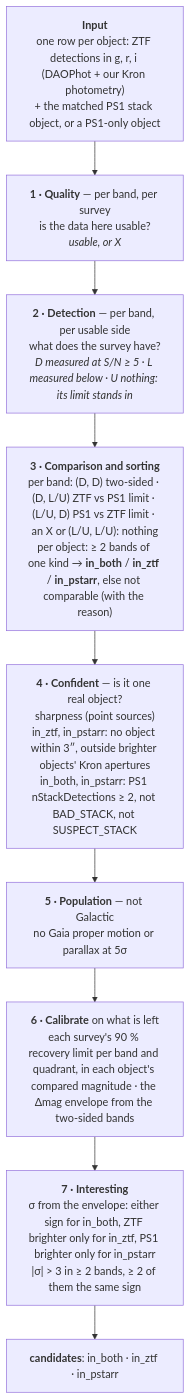
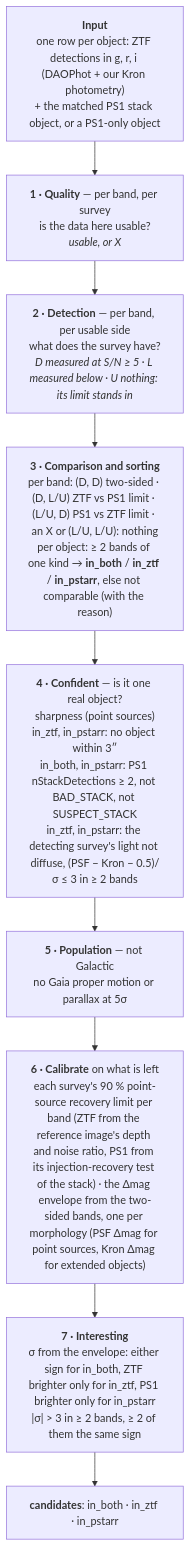
One commit to Adam-Boesky/long_transients2 changed the diagram in README.md. Above: the diagram before and after it, drawn with Mermaid. The commit also changed other lines of this file and 21 other files, not shown here.

````diff
--- a/README.md
+++ b/README.md
@@ -5,13 +5,13 @@
 ```mermaid
 flowchart TD
     IN["<b>Input</b><br/>one row per object: ZTF detections in g, r, i (DAOPhot + our Kron photometry)<br/>+ the matched PS1 stack object, or a PS1-only object"]
     Q["<b>1 · Quality</b> — per band, per survey<br/>is the data here usable?<br/><i>usable, or X</i>"]
     D["<b>2 · Detection</b> — per band, per usable side<br/>what does the survey have?<br/><i>D measured at S/N ≥ 5 · L measured below · U nothing: its limit stands in</i>"]
     S["<b>3 · Comparison and sorting</b><br/>per band: (D, D) two-sided · (D, L/U) ZTF vs PS1 limit · (L/U, D) PS1 vs ZTF limit · an X or (L/U, L/U): nothing<br/>per object: ≥ 2 bands of one kind → <b>in_both</b> / <b>in_ztf</b> / <b>in_pstarr</b>, else not comparable (with the reason)"]
-    CONF["<b>4 · Confident</b> — is it one real object?<br/>sharpness (point sources)<br/>in_ztf, in_pstarr: no object within 3″, outside brighter objects' Kron apertures<br/>in_both, in_pstarr: PS1 nStackDetections ≥ 2, not BAD_STACK, not SUSPECT_STACK"]
+    CONF["<b>4 · Confident</b> — is it one real object?<br/>sharpness (point sources)<br/>in_ztf, in_pstarr: no object within 3″<br/>in_both, in_pstarr: PS1 nStackDetections ≥ 2, not BAD_STACK, not SUSPECT_STACK<br/>in_ztf, in_pstarr: the detecting survey's light not diffuse, (PSF − Kron − 0.5)/σ ≤ 3 in ≥ 2 bands"]
     POP["<b>5 · Population</b> — not Galactic<br/>no Gaia proper motion or parallax at 5σ"]
-    CAL["<b>6 · Calibrate</b> on what is left<br/>each survey's 90 % recovery limit per band and quadrant, in each object's compared magnitude · the Δmag envelope from the two-sided bands"]
+    CAL["<b>6 · Calibrate</b> on what is left<br/>each survey's 90 % point-source recovery limit per band (ZTF from the reference image's depth and noise ratio, PS1 from its injection-recovery test of the stack) · the Δmag envelope from the two-sided bands, one per morphology (PSF Δmag for point sources, Kron Δmag for extended objects)"]
     INT["<b>7 · Interesting</b><br/>σ from the envelope: either sign for in_both, ZTF brighter only for in_ztf, PS1 brighter only for in_pstarr<br/>|σ| > 3 in ≥ 2 bands, ≥ 2 of them the same sign"]
     OUT["<b>candidates</b>: in_both · in_ztf · in_pstarr"]
     IN --> Q --> D --> S --> CONF --> POP --> CAL --> INT --> OUT
 ```
````
